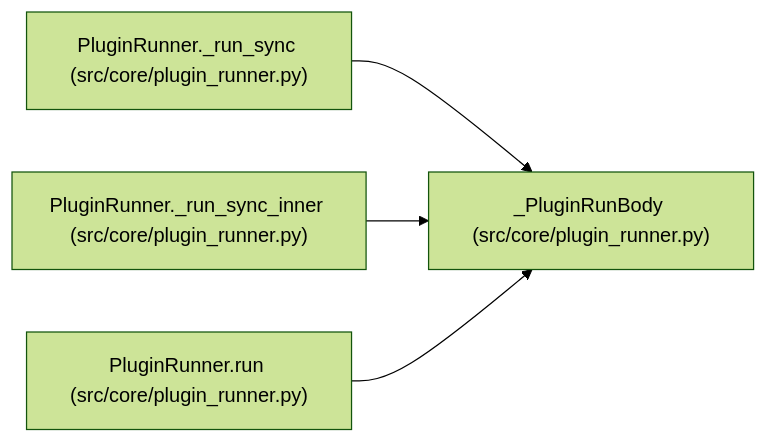
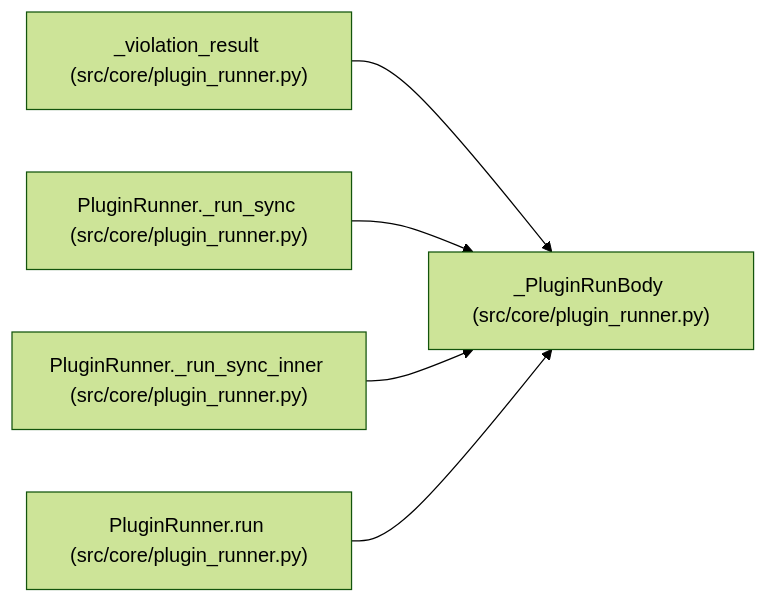
Before and after one commit to Denissvgn/autoresearch-agent: the diagram in docs/llm_wiki/entities/PluginRunBody.md, drawn with Mermaid (forest theme). The commit also changed other lines of this file and 37 other files, not shown here.

````diff
--- a/docs/llm_wiki/entities/PluginRunBody.md
+++ b/docs/llm_wiki/entities/PluginRunBody.md
@@ -35,14 +38,17 @@
 ```mermaid
 flowchart LR
     n0["_PluginRunBody (src/core/plugin_runner.py)"]
-    n1["PluginRunner._run_sync (src/core/plugin_runner.py)"]
-    n2["PluginRunner._run_sync_inner (src/core/plugin_runner.py)"]
-    n3["PluginRunner.run (src/core/plugin_runner.py)"]
+    n1["_violation_result (src/core/plugin_runner.py)"]
+    n2["PluginRunner._run_sync (src/core/plugin_runner.py)"]
+    n3["PluginRunner._run_sync_inner (src/core/plugin_runner.py)"]
+    n4["PluginRunner.run (src/core/plugin_runner.py)"]
     n1 --> n0
     n2 --> n0
     n3 --> n0
+    n4 --> n0
     click n0 "../modules/plugin_runner.md"
     click n1 "../modules/plugin_runner.md"
     click n2 "../modules/plugin_runner.md"
     click n3 "../modules/plugin_runner.md"
+    click n4 "../modules/plugin_runner.md"
 ```
````
